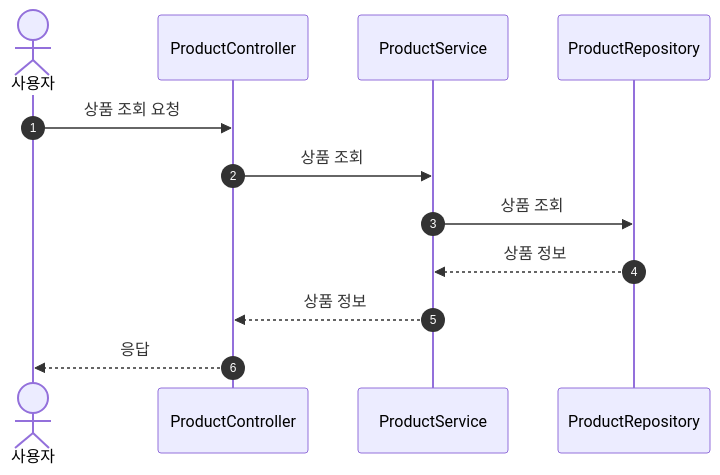
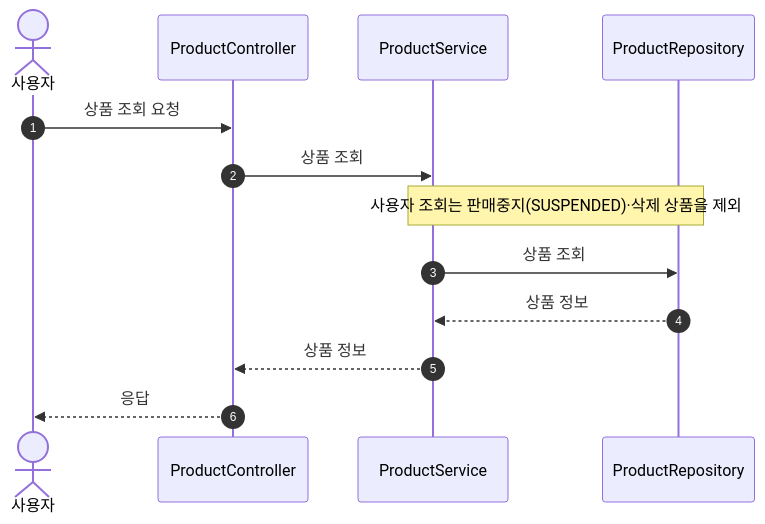
Before and after one commit to loopers-labs/loop-pack-be-l2-vol4-java: the seventh of 17 diagrams in docs/week2/02-sequence-diagrams.md, drawn with Mermaid. The commit also changed other lines of this file and 3 other files, not shown here.

````diff
--- a/docs/week2/02-sequence-diagrams.md
+++ b/docs/week2/02-sequence-diagrams.md
@@ -167,15 +172,16 @@
 ```mermaid
 sequenceDiagram
     autonumber
     actor Client as 사용자
     participant Controller as ProductController
     participant Service as ProductService
     participant ProductRepository as ProductRepository
 
     Client->>Controller: 상품 조회 요청
     Controller->>Service: 상품 조회
+    Note over Service,ProductRepository: 사용자 조회는 판매중지(SUSPENDED)·삭제 상품을 제외
     Service->>ProductRepository: 상품 조회
     ProductRepository-->>Service: 상품 정보
     Service-->>Controller: 상품 정보
     Controller-->>Client: 응답
 ```
````
